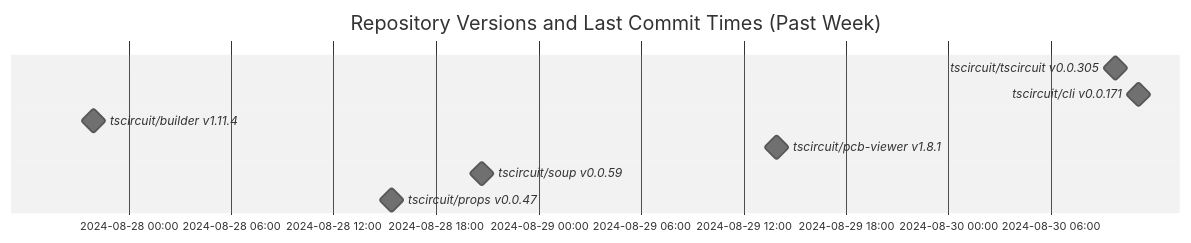
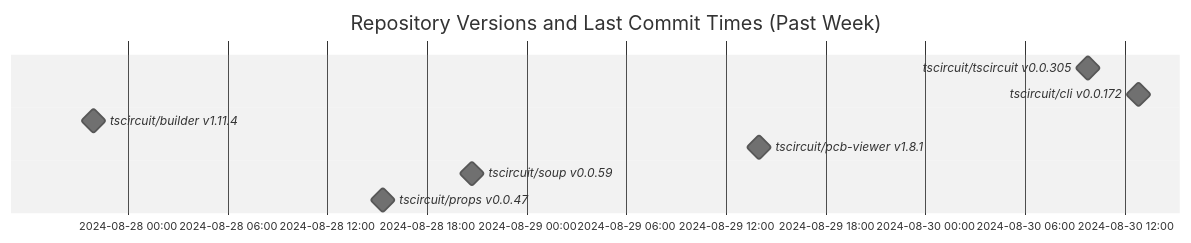
One commit to tscircuit/version-tracker changed the diagram in README.md. Above: the diagram before and after it, drawn with Mermaid (neutral theme).

Commit message:
Update chart

````diff
--- a/README.md
+++ b/README.md
@@ -1,13 +1,13 @@
 ```mermaid
 gantt
   dateFormat  YYYY-MM-DD HH:mm:ss
   title Repository Versions and Last Commit Times (Past Week)
   axisFormat %Y-%m-%d %H:%M
 
   tscircuit/tscircuit v0.0.305 : milestone, 2024-08-30 09:45:32, 1s
-  tscircuit/cli v0.0.171 : milestone, 2024-08-30 11:07:26, 1s
+  tscircuit/cli v0.0.172 : milestone, 2024-08-30 12:48:12, 1s
   tscircuit/builder v1.11.4 : milestone, 2024-08-27 21:56:45, 1s
   tscircuit/pcb-viewer v1.8.1 : milestone, 2024-08-29 13:56:55, 1s
   tscircuit/soup v0.0.59 : milestone, 2024-08-28 20:42:30, 1s
   tscircuit/props v0.0.47 : milestone, 2024-08-28 15:22:20, 1s
 ```
````
